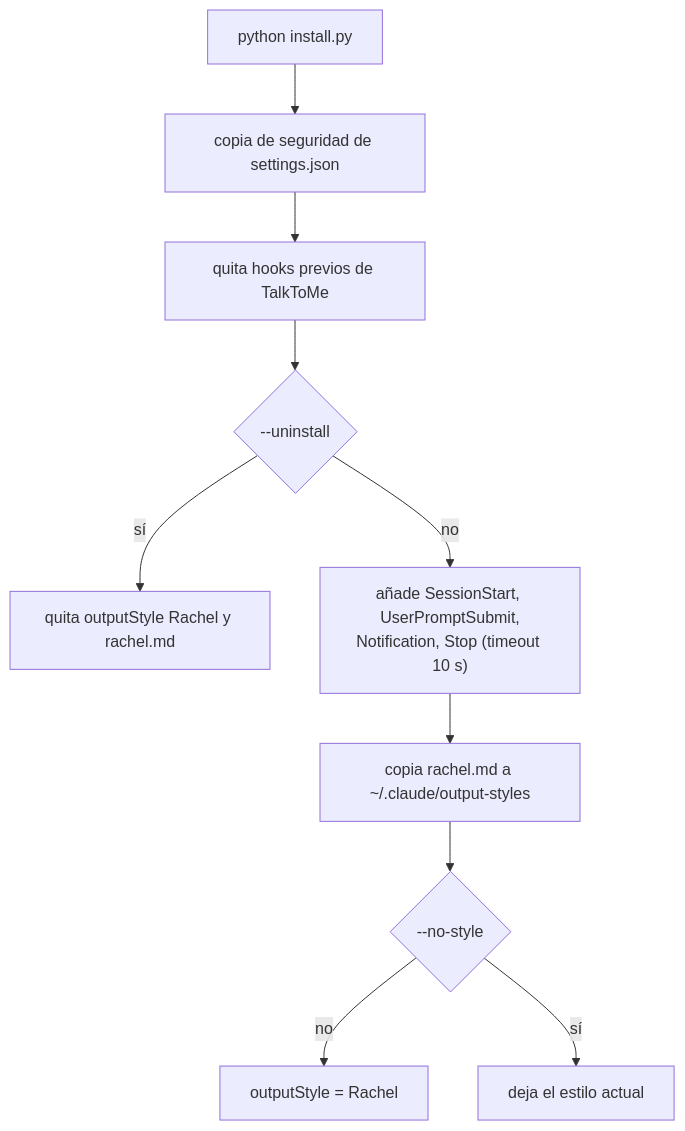
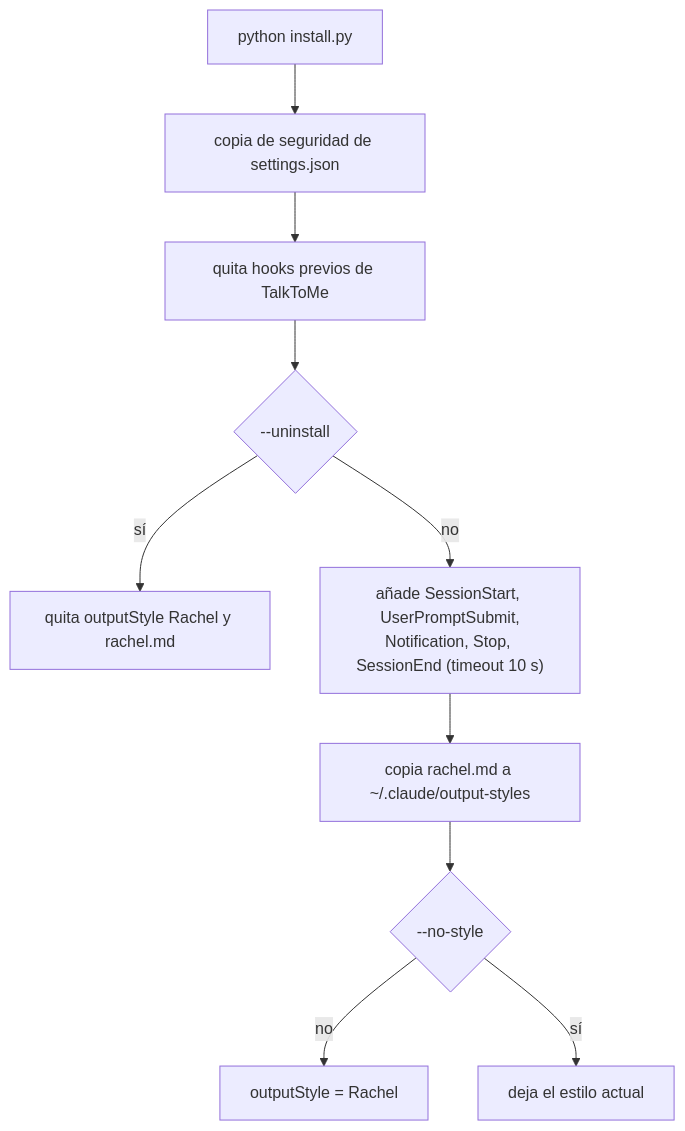
Diagram 13 of 14 in docs/ARQUITECTURA.md (dfrobledo/TalkToMe), drawn with Mermaid before and after one commit. The commit also changed other lines of this file and 8 other files, not shown here.

````diff
--- a/docs/ARQUITECTURA.md
+++ b/docs/ARQUITECTURA.md
@@ -395,12 +397,12 @@
 ```mermaid
 flowchart TD
     I["python install.py"] --> B["copia de seguridad de settings.json"]
     B --> X["quita hooks previos de TalkToMe"]
     X --> U{"--uninstall"}
     U -- sí --> U1["quita outputStyle Rachel y rachel.md"]
-    U -- no --> H["añade SessionStart, UserPromptSubmit,<br/>Notification, Stop (timeout 10 s)"]
+    U -- no --> H["añade SessionStart, UserPromptSubmit,<br/>Notification, Stop, SessionEnd (timeout 10 s)"]
     H --> S["copia rachel.md a ~/.claude/output-styles"]
     S --> NS{"--no-style"}
     NS -- no --> A["outputStyle = Rachel"]
     NS -- sí --> K["deja el estilo actual"]
 ```
````
